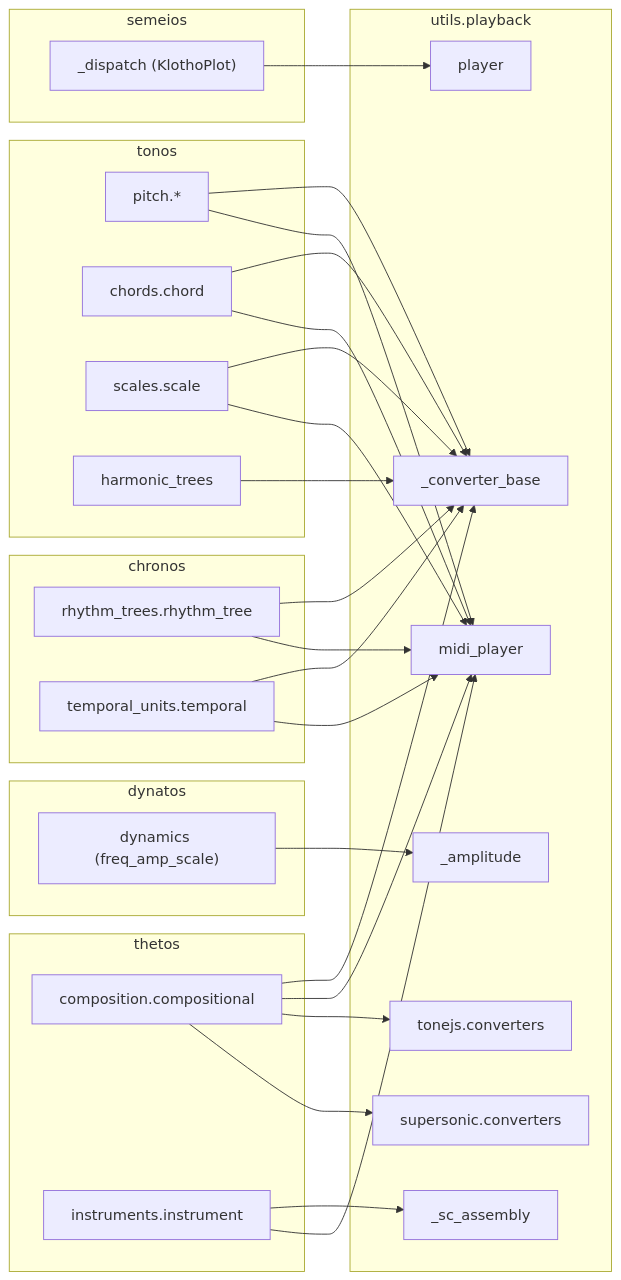
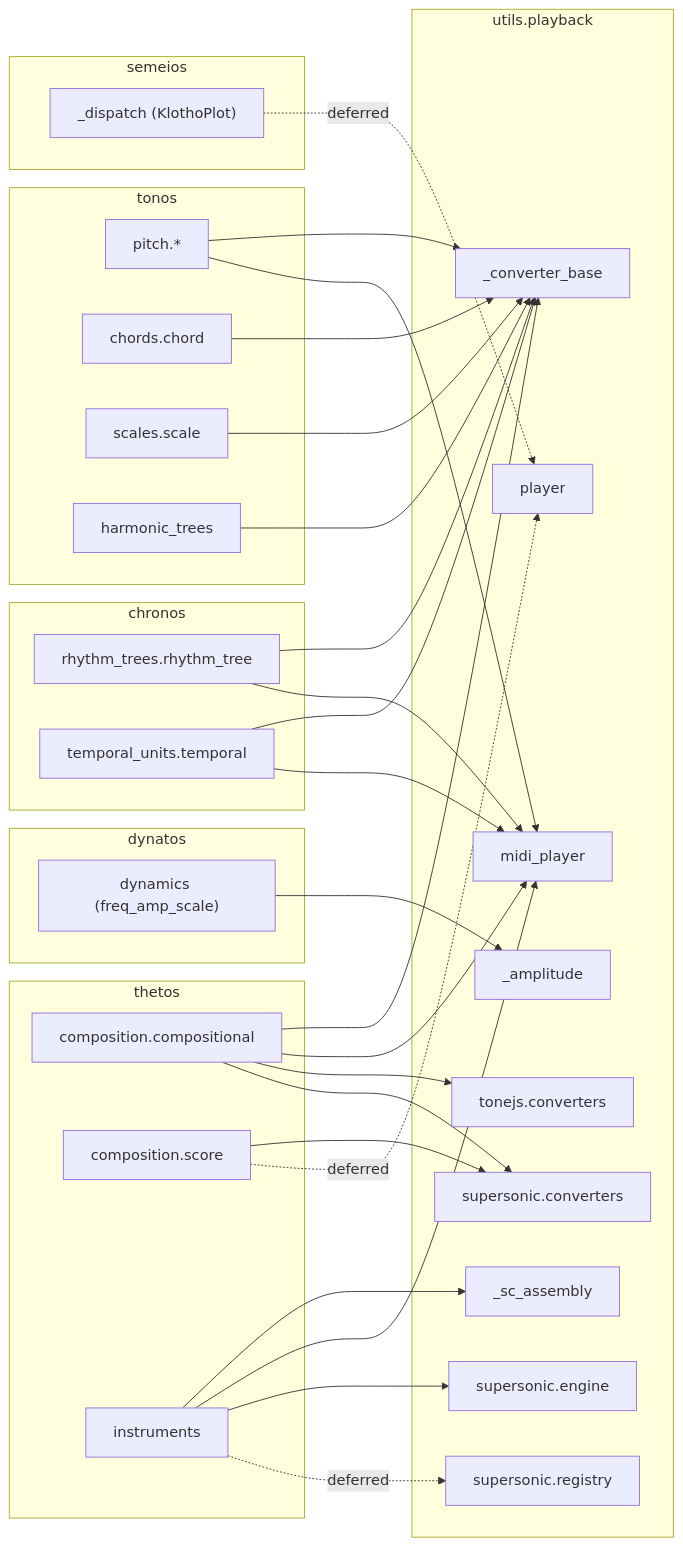
Before and after one commit to kr4g/Klotho: the seventh of 7 diagrams in docs/architecture/13_IMPORT_GRAPH.md, drawn with Mermaid. The commit also changed other lines of this file and 13 other files, not shown here.

First line of the commit message:
Overhaul architecture docs for Klotho 10.x API

````diff
--- a/docs/architecture/13_IMPORT_GRAPH.md
+++ b/docs/architecture/13_IMPORT_GRAPH.md
@@ -373,61 +388,66 @@
 ```mermaid
 flowchart LR
     subgraph utils_playback ["utils.playback"]
         player["player"]
         conv_base["_converter_base"]
         sc_asm["_sc_assembly"]
         amp["_amplitude"]
         midi["midi_player"]
         tone_conv["tonejs.converters"]
         sc_conv["supersonic.converters"]
+        sc_eng["supersonic.engine"]
+        registry["supersonic.registry"]
     end
 
     subgraph tonos
         pitch["pitch.*"]
         chords["chords.chord"]
         scales["scales.scale"]
         ht["harmonic_trees"]
     end
 
     subgraph chronos
         rt["rhythm_trees.rhythm_tree"]
         ut["temporal_units.temporal"]
     end
 
     subgraph thetos
         comp["composition.compositional"]
-        inst["instruments.instrument"]
+        score["composition.score"]
+        inst["instruments"]
     end
 
     subgraph dynatos
         dyn["dynamics (freq_amp_scale)"]
     end
 
     subgraph semeios
         kp["_dispatch (KlothoPlot)"]
     end
 
     pitch --> conv_base
     chords --> conv_base
     scales --> conv_base
     ht --> conv_base
     rt --> conv_base
     ut --> conv_base
     comp --> conv_base
 
     inst --> sc_asm
     dyn --> amp
 
     rt --> midi
     ut --> midi
     comp --> midi
     inst --> midi
     pitch --> midi
-    scales --> midi
-    chords --> midi
 
     comp --> tone_conv
     comp --> sc_conv
+    score --> sc_conv
+    inst --> sc_eng
+    inst -.->|"deferred"| registry
 
-    kp --> player
+    score -.->|"deferred"| player
+    kp -.->|"deferred"| player
 ```
````
